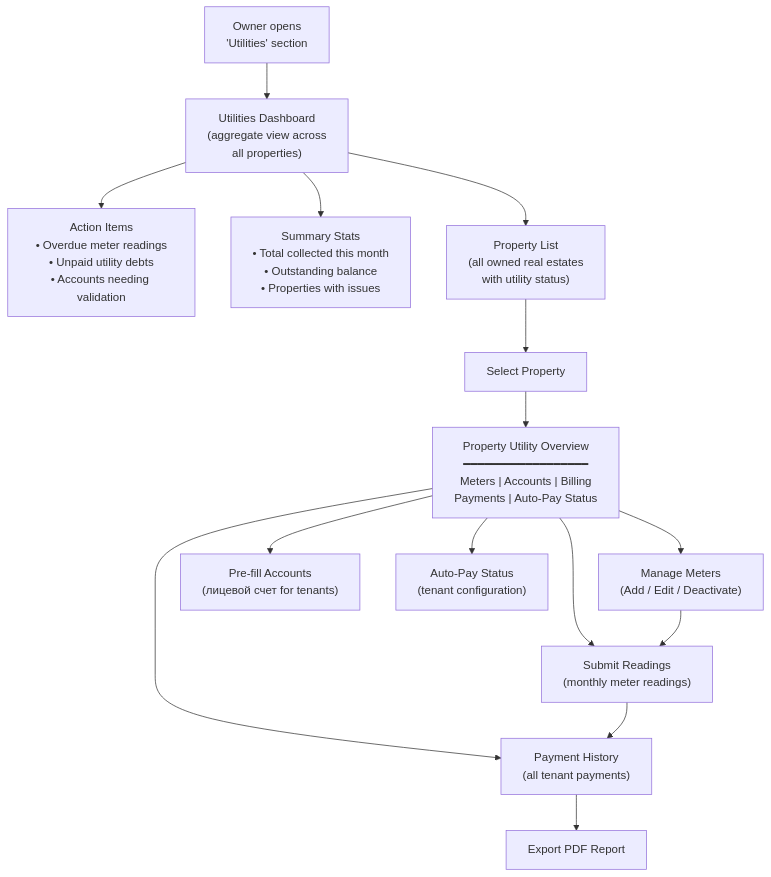
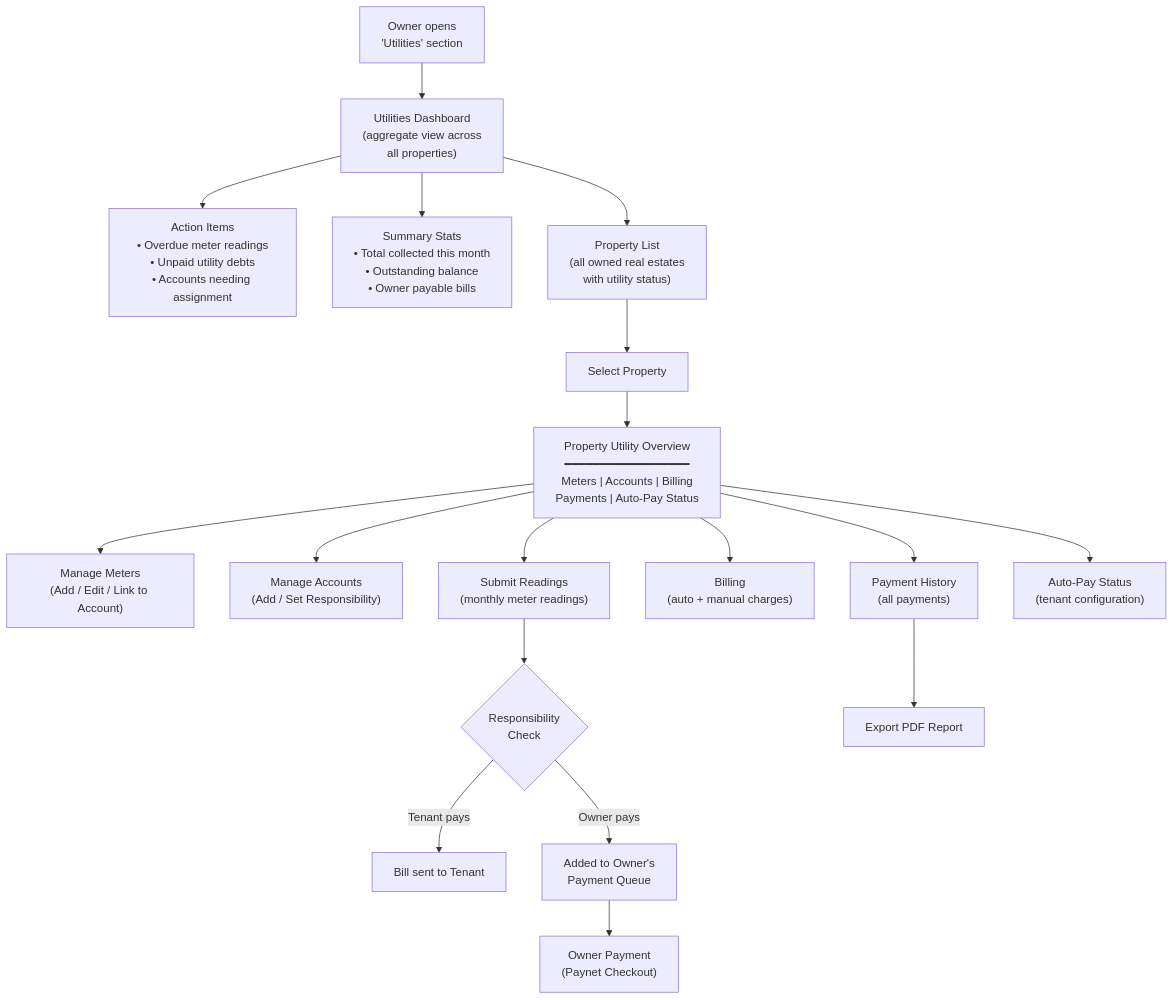
One commit to saodatm-dev/Utilities---Informational-Architecture changed the first of 10 diagrams in Utilities - Business Owner.md. Above: the diagram before and after it, drawn with Mermaid. The commit also changed other lines of this file, not shown here.

Commit message:
feat: introduce per-utility account payment responsibility for owners, tenants, and update related flows and UI.

````diff
--- a/Utilities - Business Owner.md
+++ b/Utilities - Business Owner.md
@@ -28,23 +29,27 @@
 ```mermaid
 flowchart TD
     START["Owner opens<br/>'Utilities' section"] --> DASHBOARD["Utilities Dashboard<br/>(aggregate view across<br/>all properties)"]
 
-    DASHBOARD --> ALERTS["Action Items<br/>• Overdue meter readings<br/>• Unpaid utility debts<br/>• Accounts needing validation"]
-    DASHBOARD --> STATS["Summary Stats<br/>• Total collected this month<br/>• Outstanding balance<br/>• Properties with issues"]
+    DASHBOARD --> ALERTS["Action Items<br/>• Overdue meter readings<br/>• Unpaid utility debts<br/>• Accounts needing assignment"]
+    DASHBOARD --> STATS["Summary Stats<br/>• Total collected this month<br/>• Outstanding balance<br/>• Owner payable bills"]
     DASHBOARD --> PROP_LIST["Property List<br/>(all owned real estates<br/>with utility status)"]
 
     PROP_LIST --> SELECT_PROP["Select Property"]
 
     SELECT_PROP --> PROP_VIEW["Property Utility Overview<br/>━━━━━━━━━━━━━━━━━━<br/>Meters | Accounts | Billing<br/>Payments | Auto-Pay Status"]
 
-    PROP_VIEW --> METERS["Manage Meters<br/>(Add / Edit / Deactivate)"]
+    PROP_VIEW --> METERS["Manage Meters<br/>(Add / Edit / Link to Account)"]
+    PROP_VIEW --> ACCOUNTS["Manage Accounts<br/>(Add / Set Responsibility)"]
     PROP_VIEW --> READINGS["Submit Readings<br/>(monthly meter readings)"]
-    PROP_VIEW --> ACCOUNTS["Pre-fill Accounts<br/>(лицевой счет for tenants)"]
-    PROP_VIEW --> PAYMENTS["Payment History<br/>(all tenant payments)"]
+    PROP_VIEW --> BILLING["Billing<br/>(auto + manual charges)"]
+    PROP_VIEW --> PAYMENTS["Payment History<br/>(all payments)"]
     PROP_VIEW --> AUTOPAY["Auto-Pay Status<br/>(tenant configuration)"]
 
-    METERS --> READINGS
-    READINGS --> PAYMENTS
+    READINGS --> ROUTE{"Responsibility<br/>Check"}
+    ROUTE -->|"Tenant pays"| TENANT_BILL["Bill sent to Tenant"]
+    ROUTE -->|"Owner pays"| OWNER_QUEUE["Added to Owner's<br/>Payment Queue"]
+
+    OWNER_QUEUE --> OWNER_PAY["Owner Payment<br/>(Paynet Checkout)"]
 
     PAYMENTS --> EXPORT["Export PDF Report"]
 ```
````
